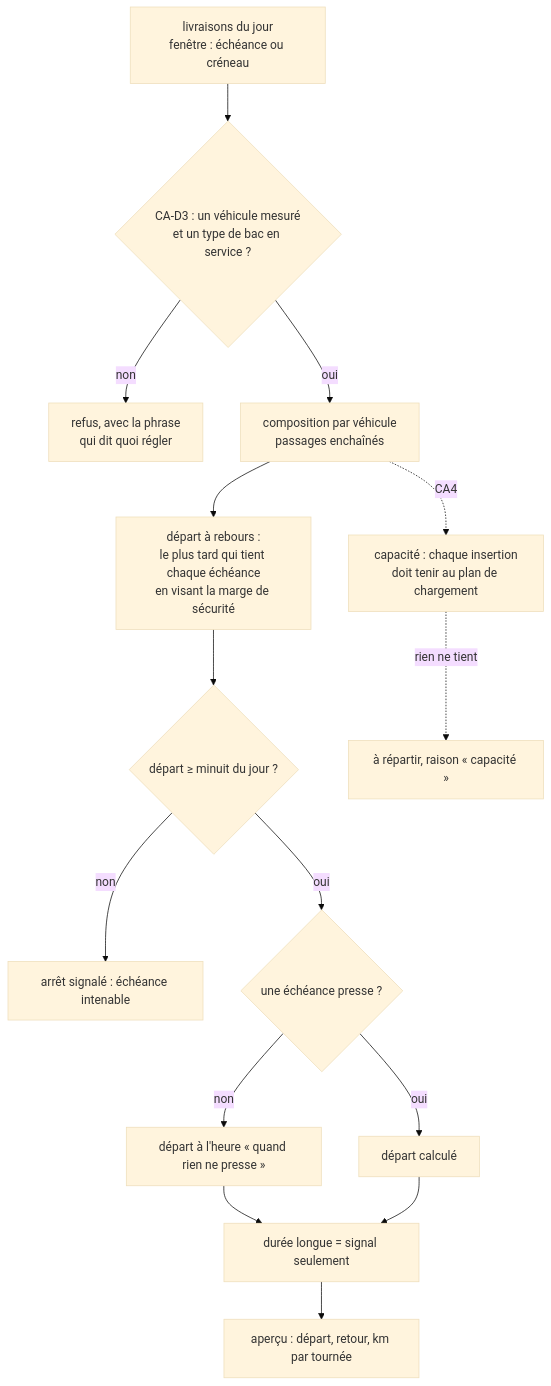
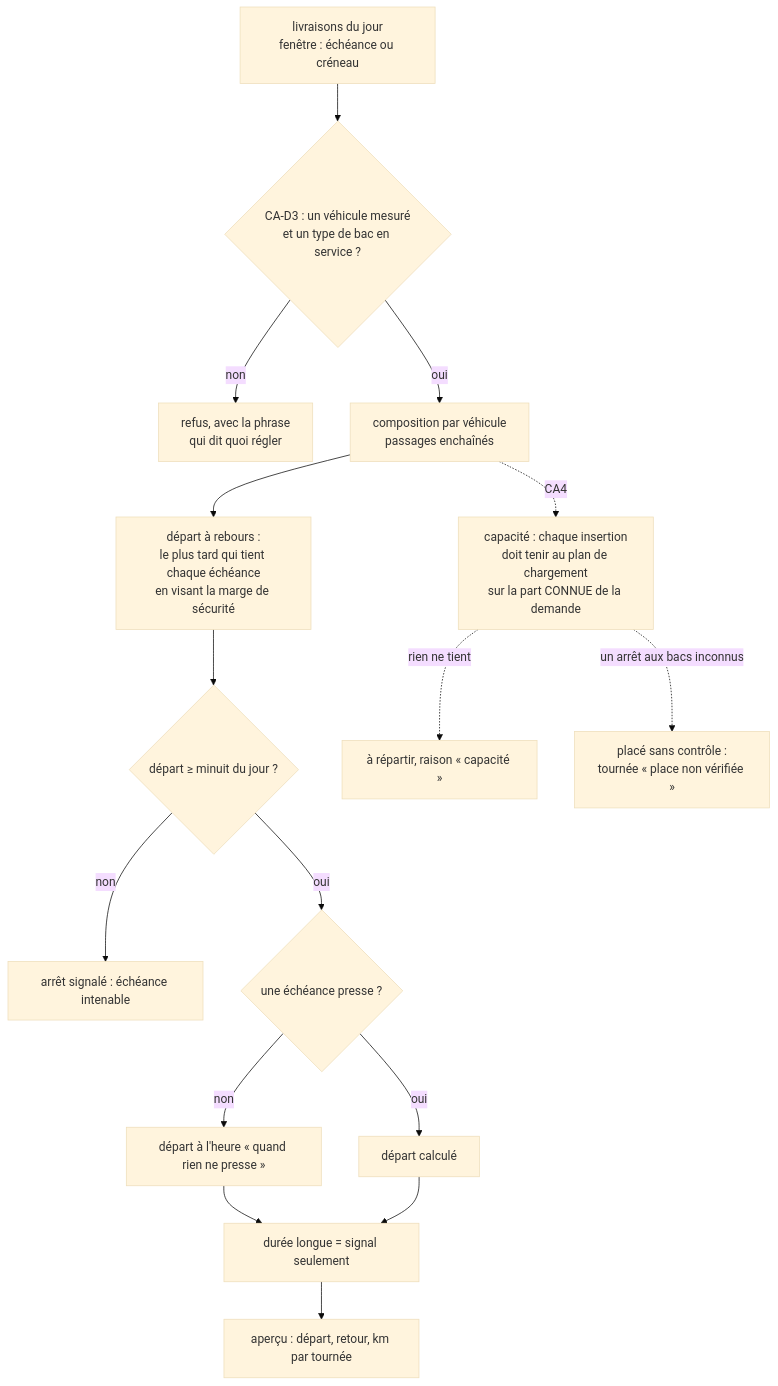
The third of 3 diagrams in documentation/livraisons/composition-automatique.md (hugoheynard/lfd), drawn with Mermaid (base theme) before and after one commit. The commit also changed other lines of this file and 21 other files, not shown here.

First line of the commit message:
fix(livraison): sans contenance, « Proposer » place quand même et dit « place non vérifiée »

````diff
--- a/documentation/livraisons/composition-automatique.md
+++ b/documentation/livraisons/composition-automatique.md
@@ -126,17 +126,18 @@
 ```mermaid
 flowchart TD
     A[livraisons du jour<br/>fenêtre : échéance ou créneau] --> B{CA-D3 : un véhicule mesuré<br/>et un type de bac en service ?}
     B -- non --> R[refus, avec la phrase<br/>qui dit quoi régler]
     B -- oui --> C[composition par véhicule<br/>passages enchaînés]
     C --> D[départ à rebours :<br/>le plus tard qui tient chaque échéance<br/>en visant la marge de sécurité]
     D --> E{départ ≥ minuit du jour ?}
     E -- non --> F[arrêt signalé : échéance intenable]
     E -- oui --> G{une échéance presse ?}
     G -- non --> H[départ à l'heure « quand rien ne presse »]
     G -- oui --> I[départ calculé]
     H --> J[durée longue = signal seulement]
     I --> J
     J --> K[aperçu : départ, retour, km par tournée]
-    C -.->|CA4| L[capacité : chaque insertion<br/>doit tenir au plan de chargement]
+    C -.->|CA4| L[capacité : chaque insertion<br/>doit tenir au plan de chargement<br/>sur la part CONNUE de la demande]
     L -.->|rien ne tient| M[à répartir, raison « capacité »]
+    L -.->|un arrêt aux bacs inconnus| N[placé sans contrôle :<br/>tournée « place non vérifiée »]
 ```
````
